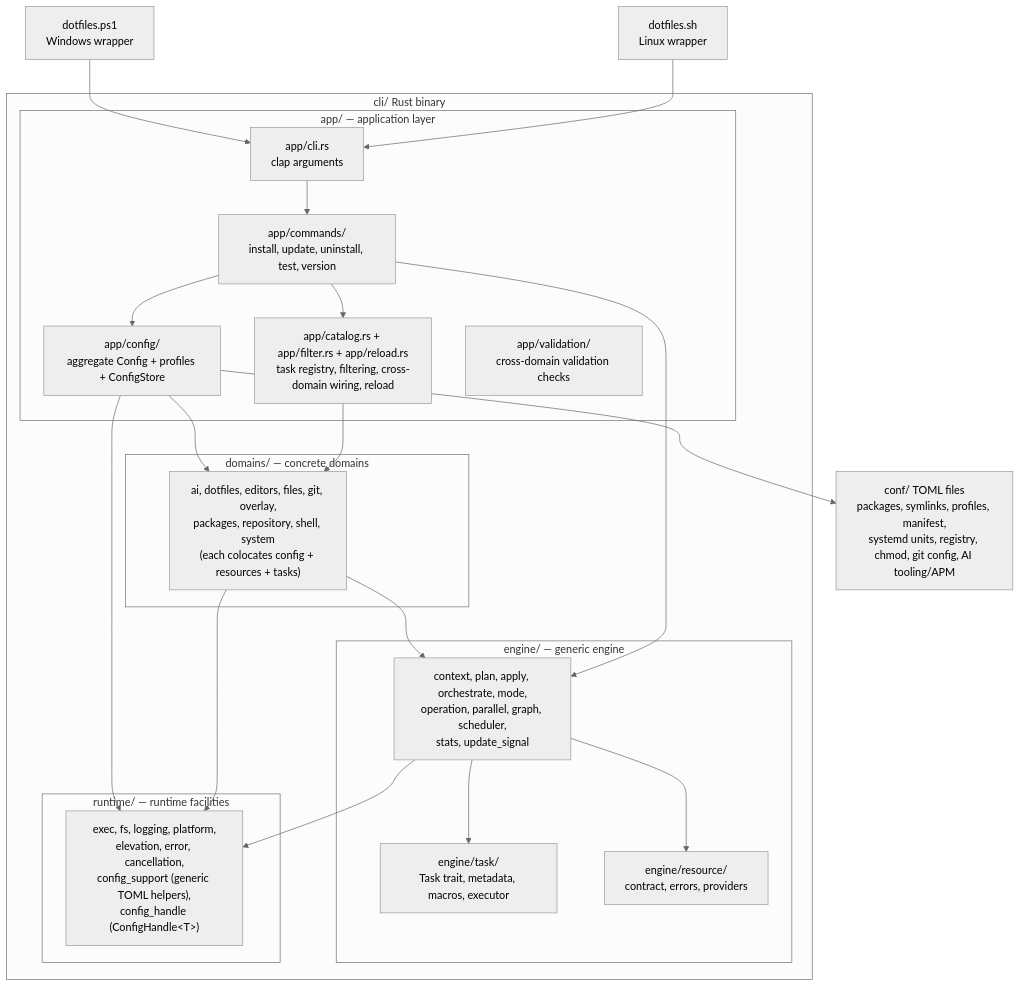
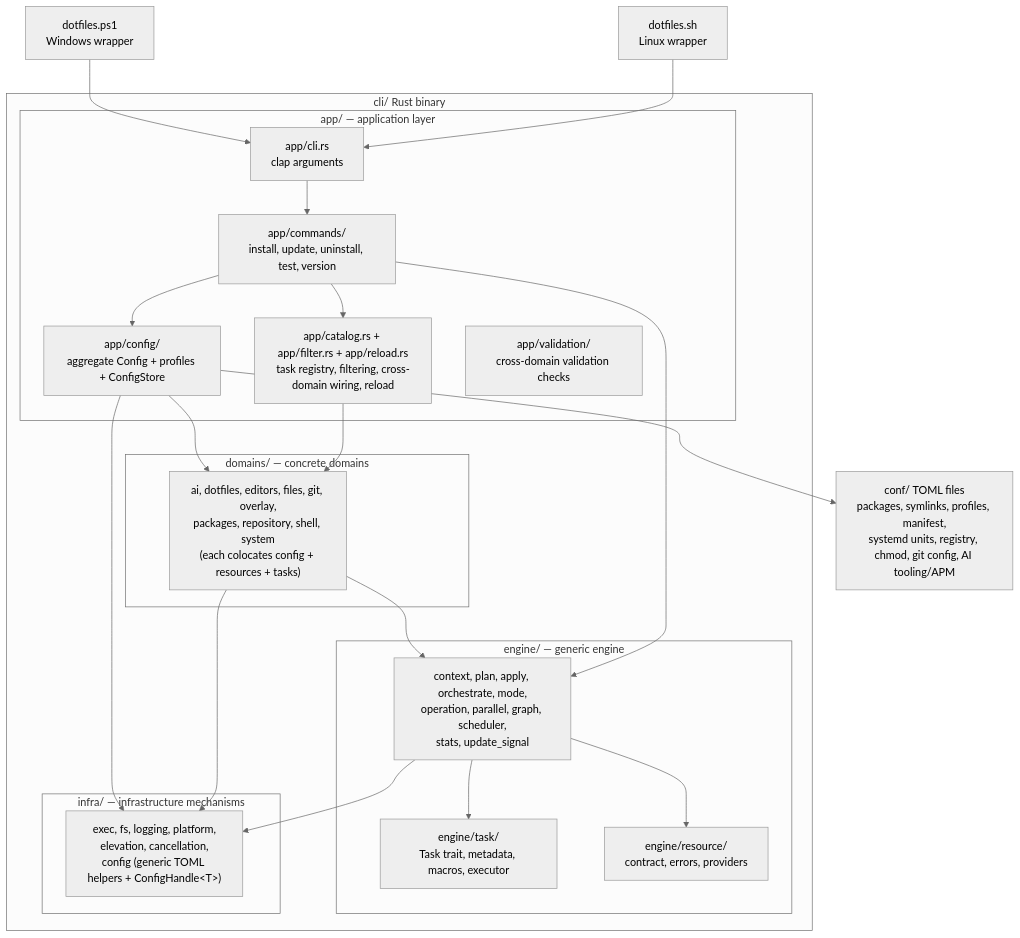
Before and after one commit to sneivandt/dotfiles: the diagram in docs/ARCHITECTURE.md, drawn with Mermaid (neutral theme). The commit also changed other lines of this file and 147 other files, not shown here.

First line of the commit message:
refactor(cli): rename runtime layer to infra

````diff
--- a/docs/ARCHITECTURE.md
+++ b/docs/ARCHITECTURE.md
@@ -61,43 +61,43 @@
 ```mermaid
 flowchart TD
     linux["dotfiles.sh<br/>Linux wrapper"]
     windows["dotfiles.ps1<br/>Windows wrapper"]
 
     linux --> cli
     windows --> cli
 
     subgraph rust_binary["cli/ Rust binary"]
         subgraph app_layer["app/ — application layer"]
             cli["app/cli.rs<br/>clap arguments"]
             commands["app/commands/<br/>install, update, uninstall, test, version"]
             appconfig["app/config/<br/>aggregate Config + profiles + ConfigStore"]
             catalog["app/catalog.rs + app/filter.rs + app/reload.rs<br/>task registry, filtering, cross-domain wiring, reload"]
             validation["app/validation/<br/>cross-domain validation checks"]
         end
         subgraph domains_layer["domains/ — concrete domains"]
             domains["ai, dotfiles, editors, files, git, overlay,<br/>packages, repository, shell, system<br/>(each colocates config + resources + tasks)"]
         end
         subgraph engine_layer["engine/ — generic engine"]
             engine["context, plan, apply, orchestrate, mode,<br/>operation, parallel, graph, scheduler,<br/>stats, update_signal"]
             task["engine/task/<br/>Task trait, metadata, macros, executor"]
             resource["engine/resource/<br/>contract, errors, providers"]
         end
-        subgraph runtime_layer["runtime/ — runtime facilities"]
-            runtime["exec, fs, logging, platform,<br/>elevation, error, cancellation,<br/>config_support (generic TOML helpers),<br/>config_handle (ConfigHandle&lt;T&gt;)"]
+        subgraph infra_layer["infra/ — infrastructure mechanisms"]
+            infra["exec, fs, logging, platform,<br/>elevation, cancellation,<br/>config (generic TOML helpers + ConfigHandle&lt;T&gt;)"]
         end
     end
 
     cli --> commands
     commands --> appconfig
     commands --> engine
     commands --> catalog
     catalog --> domains
     domains --> engine
-    domains --> runtime
+    domains --> infra
     engine --> resource
     engine --> task
-    engine --> runtime
+    engine --> infra
     appconfig --> domains
-    appconfig --> runtime
+    appconfig --> infra
     appconfig --> conf["conf/ TOML files<br/>packages, symlinks, profiles, manifest,<br/>systemd units, registry, chmod, git config, AI tooling/APM"]
 ```
````
